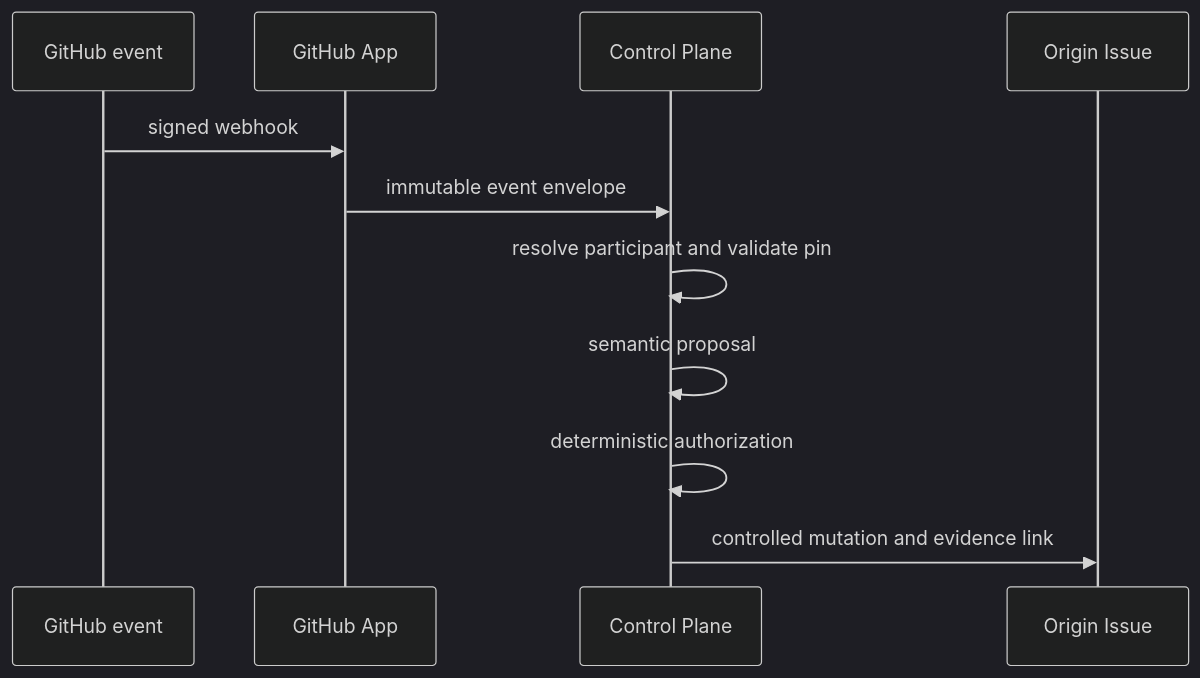
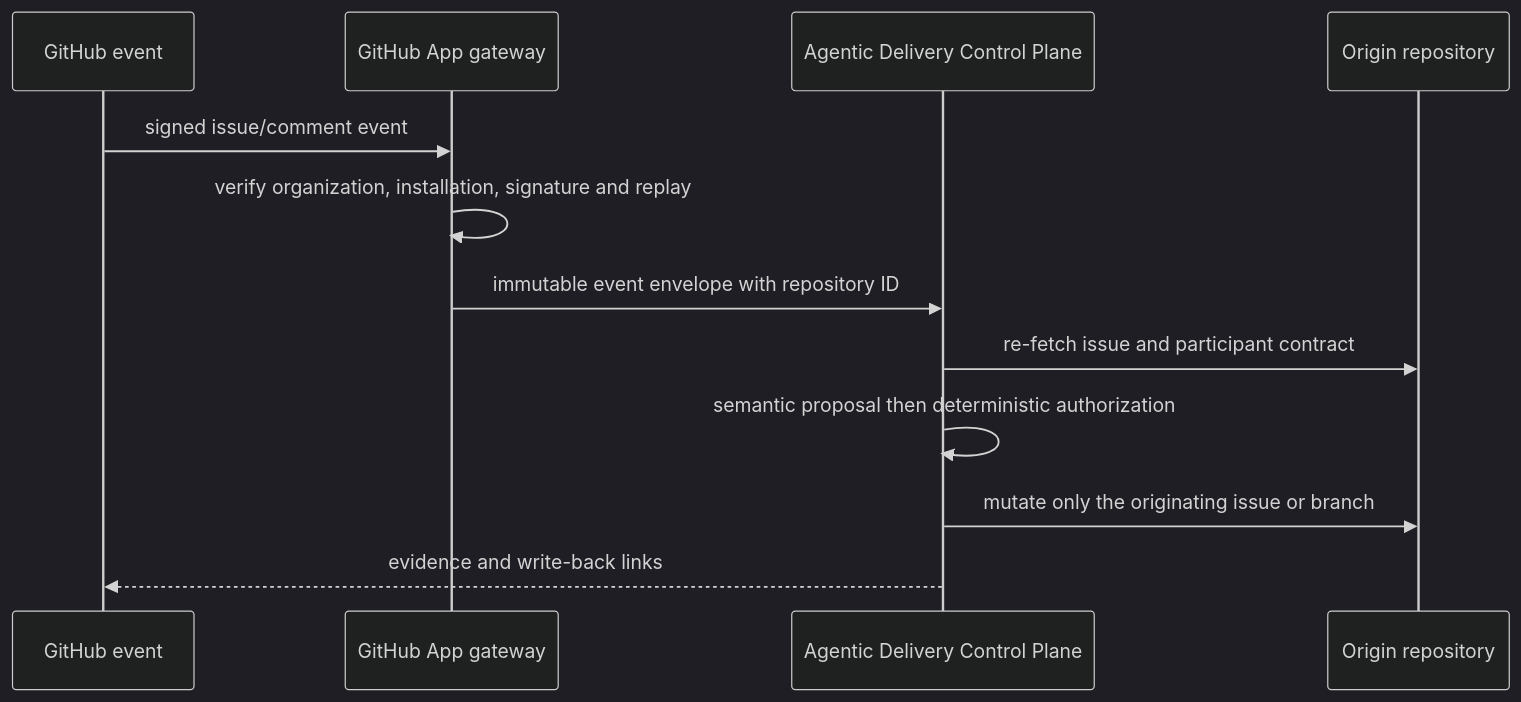
Before and after one commit to agentic-delivery-lab/agentic-delivery-architecture: the diagram in architecture/diagrams/mermaid/issue-delivery-sequence.mmd, drawn with Mermaid (dark theme). The commit also changed 8 other files, not shown here.

Commit message:
feat(architecture): 🗺️ establish model-first diagram sources

```diff
--- a/architecture/diagrams/mermaid/issue-delivery-sequence.mmd
+++ b/architecture/diagrams/mermaid/issue-delivery-sequence.mmd
@@ -1,11 +1,13 @@
 sequenceDiagram
-  participant G as GitHub event
-  participant A as GitHub App
-  participant C as Control Plane
-  participant I as Origin Issue
-  G->>A: signed webhook
-  A->>C: immutable event envelope
-  C->>C: resolve participant and validate pin
-  C->>C: semantic proposal
-  C->>C: deterministic authorization
-  C->>I: controlled mutation and evidence link
+  participant GH as GitHub event
+  participant APP as GitHub App gateway
+  participant CP as Agentic Delivery Control Plane
+  participant ORIGIN as Origin repository
+
+  GH->>APP: signed issue/comment event
+  APP->>APP: verify organization, installation, signature and replay
+  APP->>CP: immutable event envelope with repository ID
+  CP->>ORIGIN: re-fetch issue and participant contract
+  CP->>CP: semantic proposal then deterministic authorization
+  CP->>ORIGIN: mutate only the originating issue or branch
+  CP-->>GH: evidence and write-back links
```
